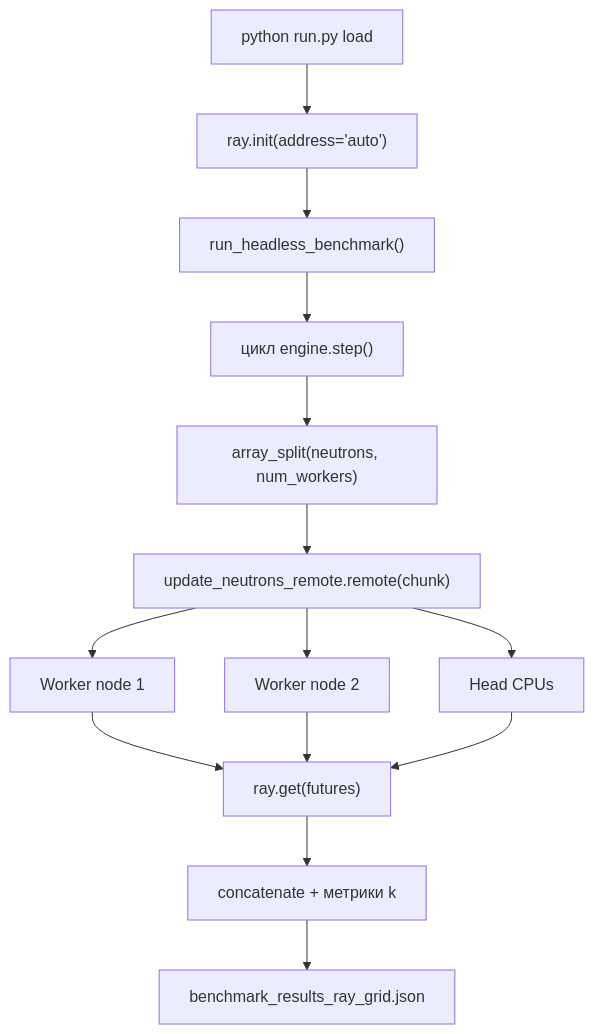
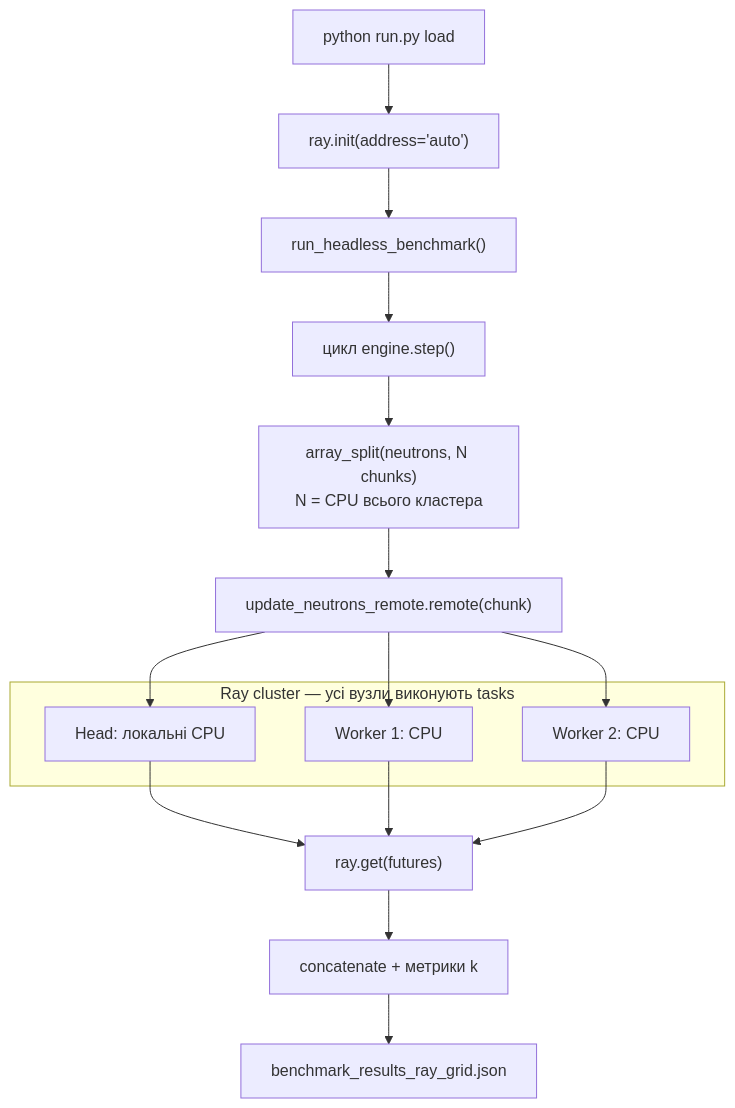
One commit to vplanto/cloud_grid changed the second of 2 diagrams in docs/p02_ray_grid.md. Above: the diagram before and after it, drawn with Mermaid. The commit also changed other lines of this file, not shown here.

````diff
--- a/docs/p02_ray_grid.md
+++ b/docs/p02_ray_grid.md
@@ -81,16 +88,24 @@
 ```mermaid
 flowchart TD
     CLI["python run.py load"] --> Init["ray.init(address='auto')"]
     Init --> Bench["run_headless_benchmark()"]
     Bench --> Loop["цикл engine.step()"]
-    Loop --> Split["array_split(neutrons, num_workers)"]
+    Loop --> Split["array_split(neutrons, N chunks)<br>N = CPU всього кластера"]
     Split --> Remote["update_neutrons_remote.remote(chunk)"]
-    Remote --> W1["Worker node 1"]
-    Remote --> W2["Worker node 2"]
-    Remote --> WH["Head CPUs"]
-    W1 --> Get["ray.get(futures)"]
+
+    subgraph Cluster ["Ray cluster — усі вузли виконують tasks"]
+        WH["Head: локальні CPU"]
+        W1["Worker 1: CPU"]
+        W2["Worker 2: CPU"]
+    end
+
+    Remote --> WH
+    Remote --> W1
+    Remote --> W2
+
+    WH --> Get["ray.get(futures)"]
+    W1 --> Get
     W2 --> Get
-    WH --> Get
     Get --> Merge["concatenate + метрики k"]
     Merge --> JSON["benchmark_results_ray_grid.json"]
 ```
````
